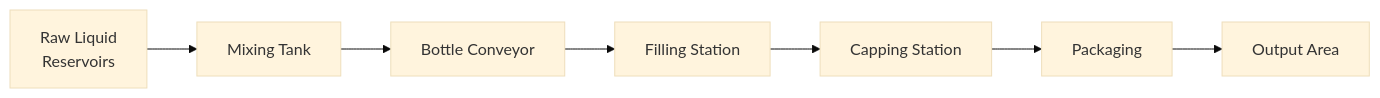
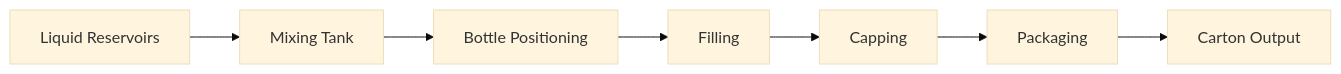
The first of 2 diagrams in README.md (bk201-dev/Industrial-Control-HMI-PLC), drawn with Mermaid (base theme) before and after one commit. The commit also changed other lines of this file, not shown here.

````diff
--- a/README.md
+++ b/README.md
@@ -23,18 +15,12 @@
 ```mermaid
 flowchart LR
+    A["Liquid Reservoirs"]
+    B["Mixing Tank"]
+    C["Bottle Positioning"]
+    D["Filling"]
+    E["Capping"]
+    F["Packaging"]
+    G["Carton Output"]
 
-    A["Raw Liquid<br/>Reservoirs"]
-    B["Mixing Tank"]
-    C["Bottle Conveyor"]
-    D["Filling Station"]
-    E["Capping Station"]
-    F["Packaging"]
-    G["Output Area"]
-
-    A --> B
-    B --> C
-    C --> D
-    D --> E
-    E --> F
-    F --> G
+    A --> B --> C --> D --> E --> F --> G
 ```
````
